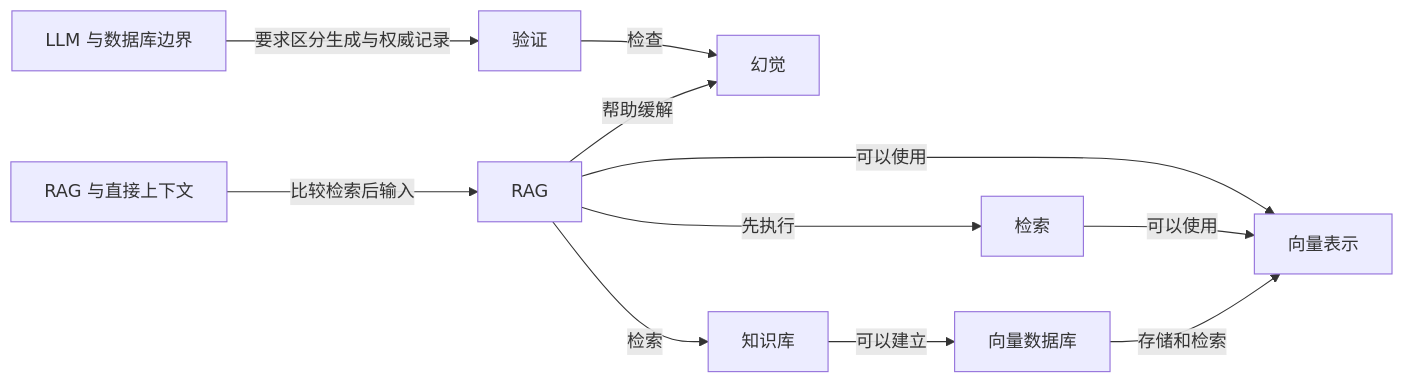
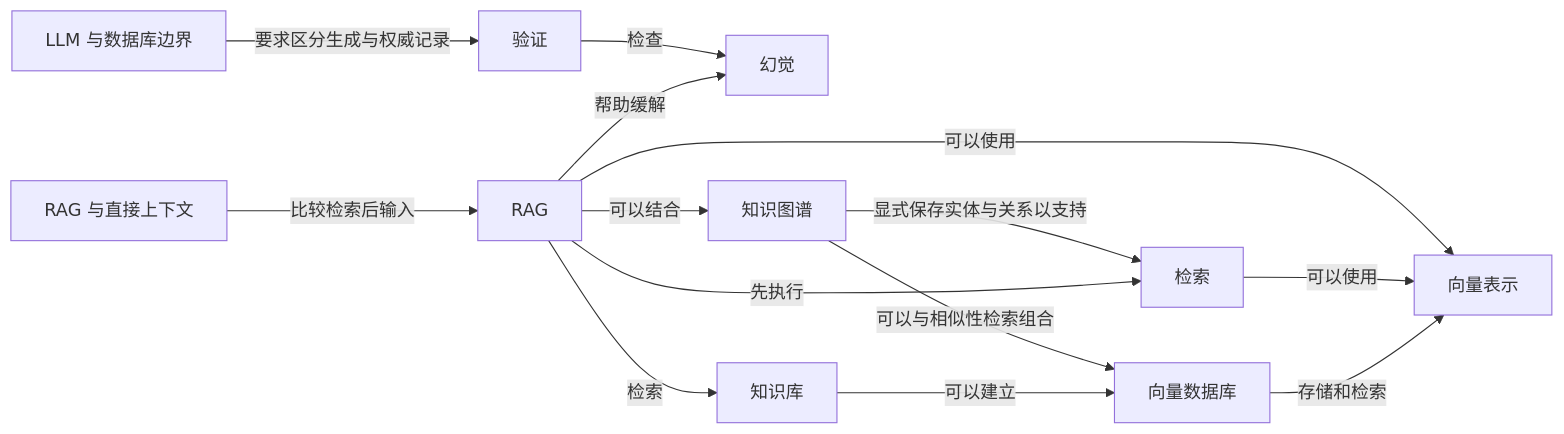
Before and after one commit to z-Zihan/LLM-101: the fourth of 9 diagrams in 知识网络.md, drawn with Mermaid. The commit also changed other lines of this file and 12 other files, not shown here.

````diff
--- a/知识网络.md
+++ b/知识网络.md
@@ -181,22 +182,26 @@
 ```mermaid
 flowchart LR
     n_hallucination["幻觉"]
     n_verification["验证"]
     n_database_boundary["LLM 与数据库边界"]
     n_rag["RAG"]
     n_knowledge_base["知识库"]
     n_embedding["向量表示"]
     n_vector_database["向量数据库"]
     n_retrieval["检索"]
     n_rag_prompt_context["RAG 与直接上下文"]
+    n_knowledge_graph["知识图谱"]
+    n_knowledge_graph -->|"显式保存实体与关系以支持"| n_retrieval
+    n_rag -->|"可以结合"| n_knowledge_graph
+    n_knowledge_graph -->|"可以与相似性检索组合"| n_vector_database
     n_rag_prompt_context -->|"比较检索后输入"| n_rag
     n_database_boundary -->|"要求区分生成与权威记录"| n_verification
     n_verification -->|"检查"| n_hallucination
     n_rag -->|"帮助缓解"| n_hallucination
     n_rag -->|"可以使用"| n_embedding
     n_rag -->|"检索"| n_knowledge_base
     n_knowledge_base -->|"可以建立"| n_vector_database
     n_rag -->|"先执行"| n_retrieval
     n_retrieval -->|"可以使用"| n_embedding
     n_vector_database -->|"存储和检索"| n_embedding
 ```
````
